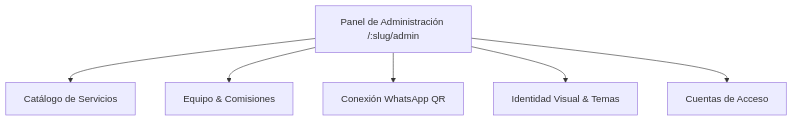
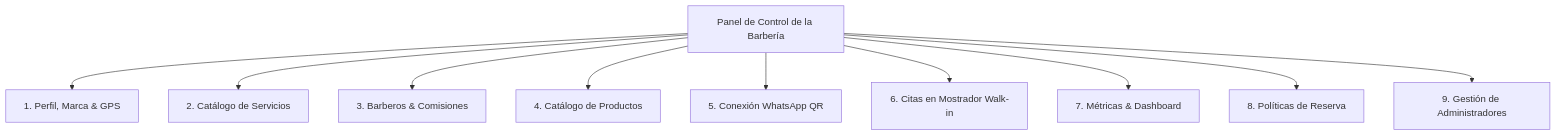
Before and after one commit to dfelipe7/Barberia-Frontend: the fourth of 5 diagrams in docs/MANUAL_DE_USUARIO.md, drawn with Mermaid. The commit also changed other lines of this file and 4 other files, not shown here.

````diff
--- a/docs/MANUAL_DE_USUARIO.md
+++ b/docs/MANUAL_DE_USUARIO.md
@@ -210,8 +412,12 @@
 ```mermaid
 graph TD
-    AdminPanel[Panel de Administración /:slug/admin] --> ModServicios[Catálogo de Servicios]
-    AdminPanel --> ModBarberos[Equipo & Comisiones]
-    AdminPanel --> ModWhatsApp[Conexión WhatsApp QR]
-    AdminPanel --> ModMarca[Identidad Visual & Temas]
-    AdminPanel --> ModUsuarios[Cuentas de Acceso]
+    AdminPanel["Panel de Control de la Barbería"] --> ModPerfil["1. Perfil, Marca & GPS"]
+    AdminPanel --> ModServicios["2. Catálogo de Servicios"]
+    AdminPanel --> ModBarberos["3. Barberos & Comisiones"]
+    AdminPanel --> ModProductos["4. Catálogo de Productos"]
+    AdminPanel --> ModWhatsApp["5. Conexión WhatsApp QR"]
+    AdminPanel --> ModMostrador["6. Citas en Mostrador Walk-in"]
+    AdminPanel --> ModDashboard["7. Métricas & Dashboard"]
+    AdminPanel --> ModPoliticas["8. Políticas de Reserva"]
+    AdminPanel --> ModAdmins["9. Gestión de Administradores"]
 ```
````
